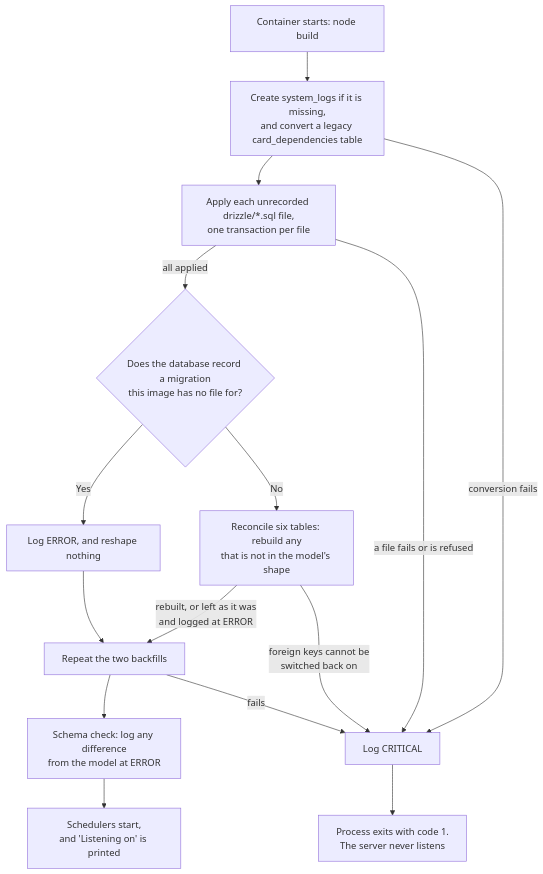
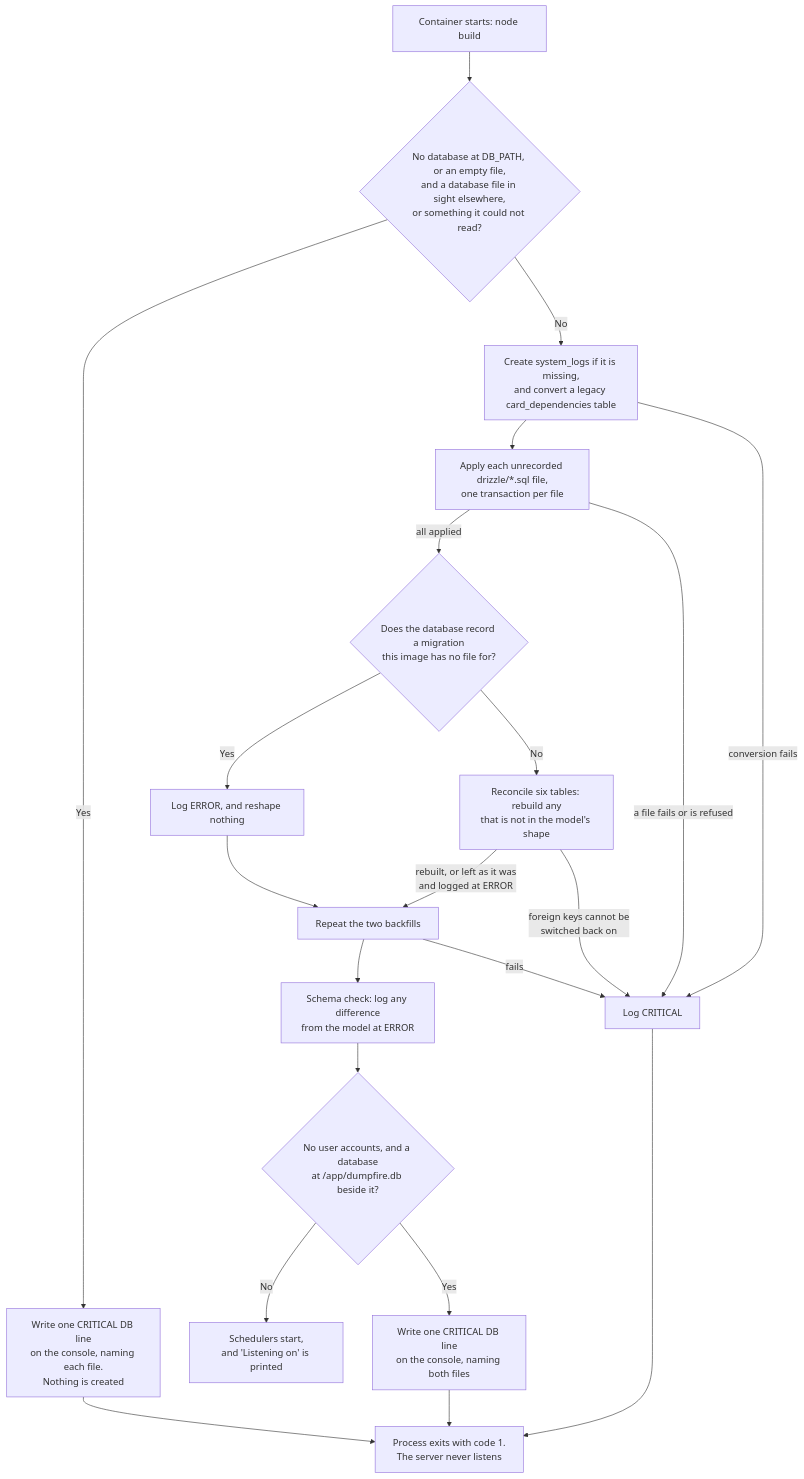
Before and after one commit to gitBoon/DumpFire: the fifth of 11 diagrams in docs/deployment.md, drawn with Mermaid. The commit also changed other lines of this file and 12 other files, not shown here.

````diff
--- a/docs/deployment.md
+++ b/docs/deployment.md
@@ -350,18 +354,24 @@
 ```mermaid
 flowchart TD
-    Start["Container starts: node build"] --> Prep["Create system_logs if it is missing,\nand convert a legacy card_dependencies table"]
+    Start["Container starts: node build"] --> Where{"No database at DB_PATH, or an empty file,\nand a database file in sight elsewhere,\nor something it could not read?"}
+    Where -->|"Yes"| Refuse["Write one CRITICAL DB line\non the console, naming each file.\nNothing is created"]
+    Refuse --> Exit
+    Where -->|"No"| Prep["Create system_logs if it is missing,\nand convert a legacy card_dependencies table"]
     Prep --> Files["Apply each unrecorded drizzle/*.sql file,\none transaction per file"]
     Files -->|"all applied"| Newer{"Does the database record a migration\nthis image has no file for?"}
     Newer -->|"Yes"| Skip["Log ERROR, and reshape nothing"]
     Newer -->|"No"| Recon["Reconcile six tables: rebuild any\nthat is not in the model's shape"]
     Recon -->|"rebuilt, or left as it was\nand logged at ERROR"| Fill["Repeat the two backfills"]
     Skip --> Fill
     Fill --> Check["Schema check: log any difference\nfrom the model at ERROR"]
-    Check --> Listen["Schedulers start,\nand 'Listening on' is printed"]
+    Check --> Users{"No user accounts, and a database\nat /app/dumpfire.db beside it?"}
+    Users -->|"No"| Listen["Schedulers start,\nand 'Listening on' is printed"]
+    Users -->|"Yes"| Both["Write one CRITICAL DB line\non the console, naming both files"]
+    Both --> Exit
 
     Prep -->|"conversion fails"| Halt["Log CRITICAL"]
     Files -->|"a file fails or is refused"| Halt
     Recon -->|"foreign keys cannot be\nswitched back on"| Halt
     Fill -->|"fails"| Halt
     Halt --> Exit["Process exits with code 1.\nThe server never listens"]
 ```
````
